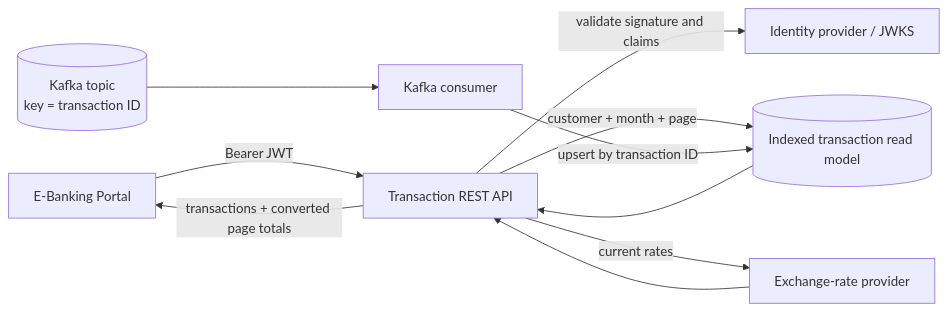
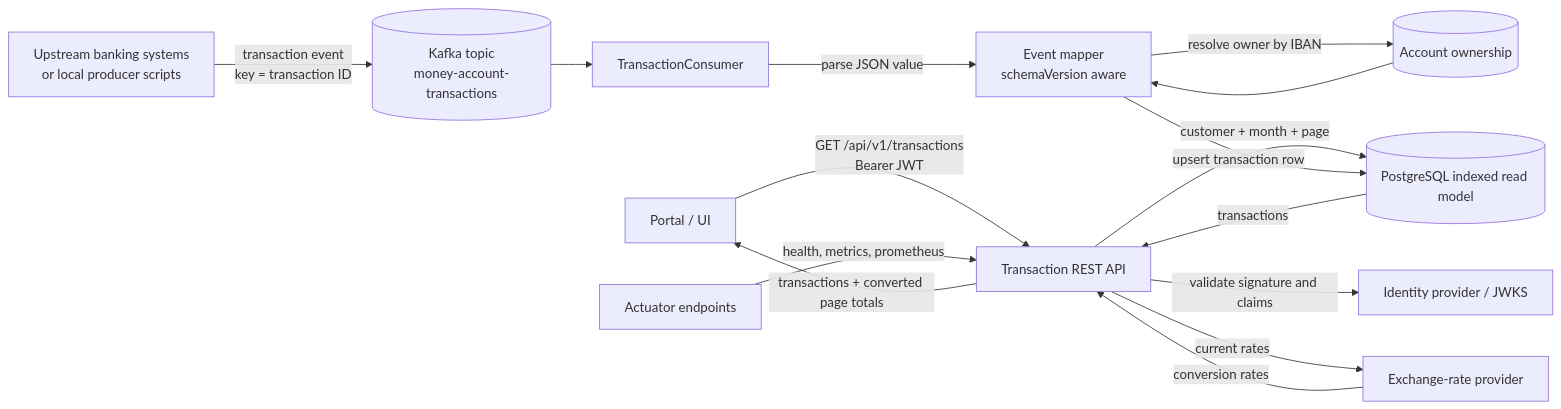
The second of 2 diagrams in README.md (WilsonLiu2002/E-Bank_Portal), drawn with Mermaid before and after one commit. The commit also changed other lines of this file, not shown here.

Commit message:
Improve README architecture diagrams

````diff
--- a/README.md
+++ b/README.md
@@ -43,12 +57,19 @@
 ```mermaid
 flowchart LR
-    portal["E-Banking Portal"] -->|"Bearer JWT"| api["Transaction REST API"]
+    portal["Portal / UI"] -->|"GET /api/v1/transactions<br/>Bearer JWT"| api["Transaction REST API"]
     api -->|"validate signature and claims"| identity["Identity provider / JWKS"]
-    api -->|"customer + month + page"| readModel[("Indexed transaction read model")]
+    api -->|"customer + month + page"| readModel[("PostgreSQL indexed read model")]
     api -->|"current rates"| rates["Exchange-rate provider"]
-    kafka[("Kafka topic<br/>key = transaction ID")] --> consumer["Kafka consumer"]
-    consumer -->|"upsert by transaction ID"| readModel
-    readModel --> api
-    rates --> api
+    readModel -->|"transactions"| api
+    rates -->|"conversion rates"| api
     api -->|"transactions + converted page totals"| portal
+
+    upstream["Upstream banking systems<br/>or local producer scripts"] -->|"transaction event<br/>key = transaction ID"| kafka[("Kafka topic<br/>money-account-transactions")]
+    kafka --> consumer["TransactionConsumer"]
+    consumer -->|"parse JSON value"| mapper["Event mapper<br/>schemaVersion aware"]
+    mapper -->|"resolve owner by IBAN"| ownership[("Account ownership")]
+    mapper -->|"upsert transaction row"| readModel
+    ownership --> mapper
+
+    actuator["Actuator endpoints"] -->|"health, metrics, prometheus"| api
 ```
````
